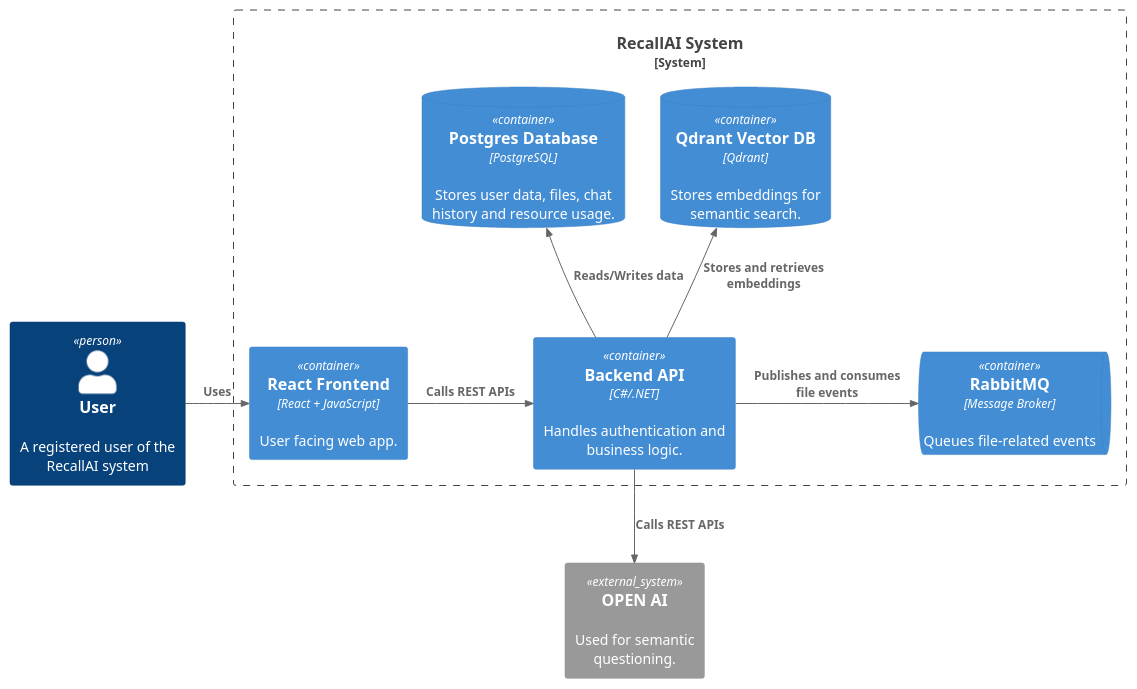
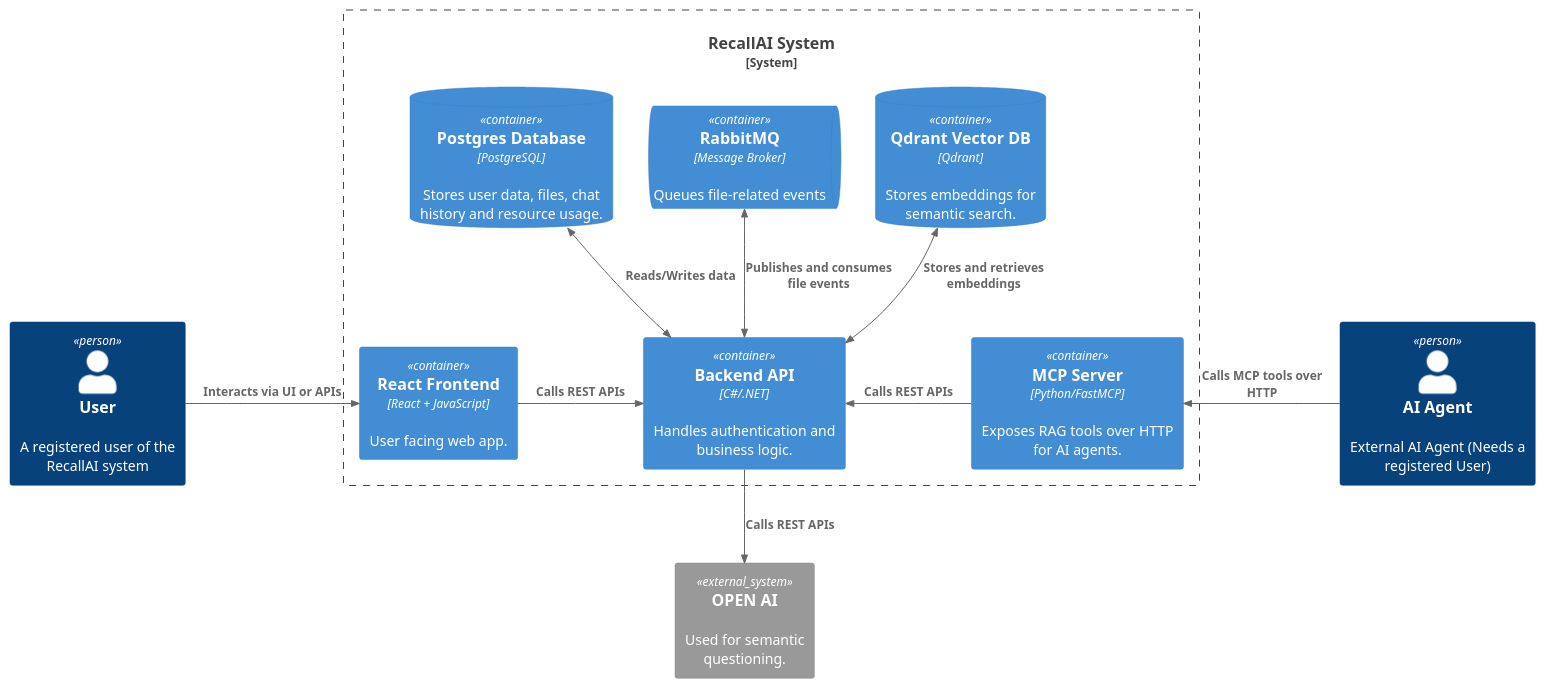
The diagram in Docs/container-diagram.puml (Kshitiz-Yadav/RecallAI), drawn with PlantUML before and after one commit. The commit also changed 3 other files, not shown here.

```diff
--- a/Docs/container-diagram.puml
+++ b/Docs/container-diagram.puml
@@ -1,25 +1,29 @@
 @startuml
 !include https://raw.githubusercontent.com/plantuml-stdlib/C4-PlantUML/master/C4_Container.puml
 
 ' Main system
 System_Boundary(s1, "RecallAI System") {
     Container(webApp, "React Frontend", "React + JavaScript", "User facing web app.")
     Container(api, "Backend API", "C#/.NET", "Handles authentication and business logic.")
+    Container(mcp, "MCP Server", "Python/FastMCP", "Exposes RAG tools over HTTP for AI agents.")
     ContainerDb(db, "Postgres Database", "PostgreSQL", "Stores user data, files, chat history and resource usage.")
     ContainerDb(qdrant, "Qdrant Vector DB", "Qdrant", "Stores embeddings for semantic search.")
     ContainerQueue(queue, "RabbitMQ", "Message Broker", "Queues file-related events")
 }
 
 ' External systems
 Person(user, "User", "A registered user of the RecallAI system")
+Person(aiAgent, "AI Agent", "External AI Agent (Needs a registered User)")
 System_Ext(openai, "OPEN AI", "Used for semantic questioning.")
 
 ' Relationships
-Rel_Right(user, webApp, "Uses")
+Rel_Right(user, webApp, "Interacts via UI or APIs")
+Rel_Left(aiAgent, mcp, "Calls MCP tools over HTTP")
 Rel_Right(webApp, api, "Calls REST APIs")
-Rel_Up(api, db, "Reads/Writes data")
-Rel_Right(api, queue, "Publishes and consumes file events")
-Rel_Up(api, qdrant, "Stores and retrieves embeddings")
+Rel_Left(mcp, api, "Calls REST APIs")
+BiRel_Up(api, db, "Reads/Writes data")
+BiRel_Up(api, queue, "Publishes and consumes file events")
+BiRel_Up(api, qdrant, "Stores and retrieves embeddings")
 Rel_Down(api, openai, "Calls REST APIs")
 
 @enduml
```
